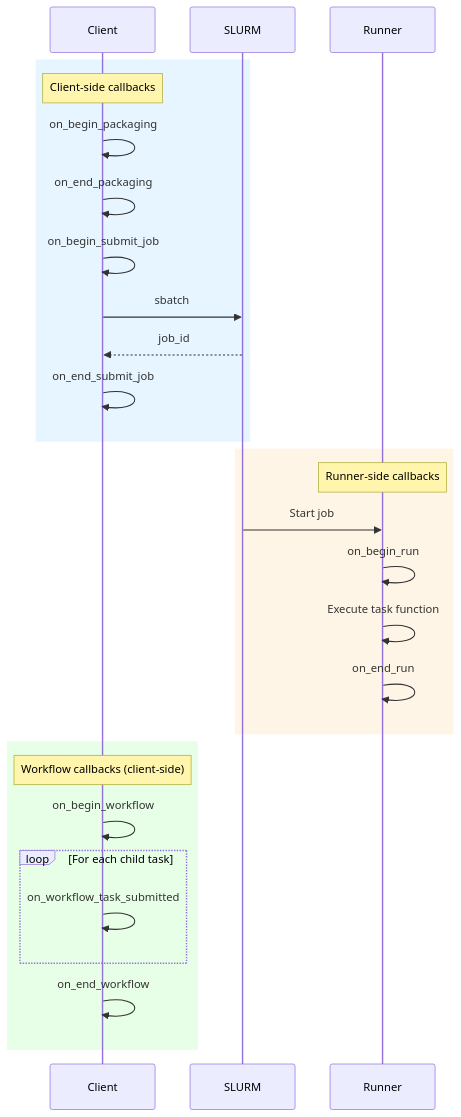
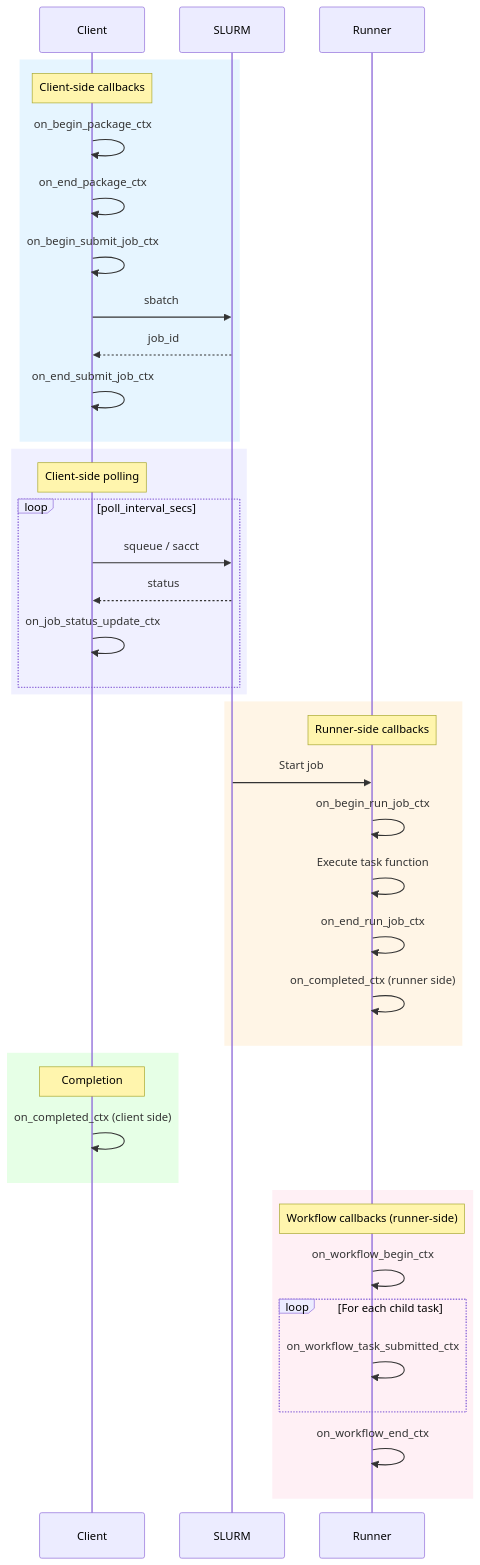
One commit to ville-k/slurm_sdk changed the diagram in docs/explanation/callbacks_and_events.md. Above: the diagram before and after it, drawn with Mermaid. The commit also changed other lines of this file and 1 other file, not shown here.

First line of the commit message:
docs: fix callback method names and expand callbacks explanation

````diff
--- a/docs/explanation/callbacks_and_events.md
+++ b/docs/explanation/callbacks_and_events.md
@@ -15,33 +42,48 @@
 ```mermaid
 sequenceDiagram
     participant Client
     participant SLURM
     participant Runner
 
     rect rgb(230, 245, 255)
         Note over Client: Client-side callbacks
-        Client->>Client: on_begin_packaging
-        Client->>Client: on_end_packaging
-        Client->>Client: on_begin_submit_job
+        Client->>Client: on_begin_package_ctx
+        Client->>Client: on_end_package_ctx
+        Client->>Client: on_begin_submit_job_ctx
         Client->>SLURM: sbatch
         SLURM-->>Client: job_id
-        Client->>Client: on_end_submit_job
+        Client->>Client: on_end_submit_job_ctx
+    end
+
+    rect rgb(240, 240, 255)
+        Note over Client: Client-side polling
+        loop poll_interval_secs
+            Client->>SLURM: squeue / sacct
+            SLURM-->>Client: status
+            Client->>Client: on_job_status_update_ctx
+        end
     end
 
     rect rgb(255, 245, 230)
         Note over Runner: Runner-side callbacks
         SLURM->>Runner: Start job
-        Runner->>Runner: on_begin_run
+        Runner->>Runner: on_begin_run_job_ctx
         Runner->>Runner: Execute task function
-        Runner->>Runner: on_end_run
+        Runner->>Runner: on_end_run_job_ctx
+        Runner->>Runner: on_completed_ctx (runner side)
     end
 
     rect rgb(230, 255, 230)
-        Note over Client: Workflow callbacks (client-side)
-        Client->>Client: on_begin_workflow
+        Note over Client: Completion
+        Client->>Client: on_completed_ctx (client side)
+    end
+
+    rect rgb(255, 240, 245)
+        Note over Runner: Workflow callbacks (runner-side)
+        Runner->>Runner: on_workflow_begin_ctx
         loop For each child task
-            Client->>Client: on_workflow_task_submitted
+            Runner->>Runner: on_workflow_task_submitted_ctx
         end
-        Client->>Client: on_end_workflow
+        Runner->>Runner: on_workflow_end_ctx
     end
 ```
````
